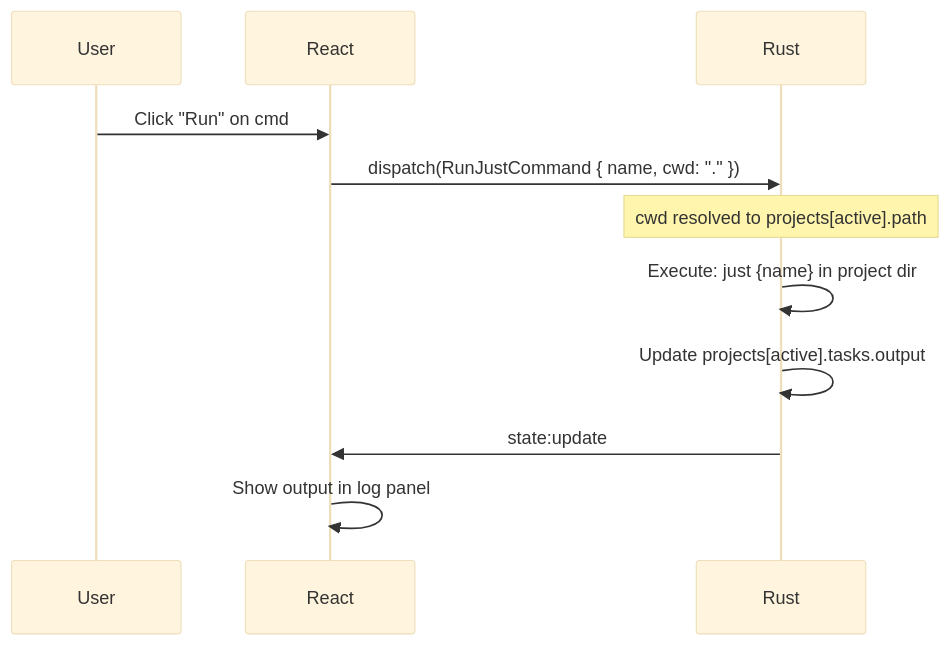
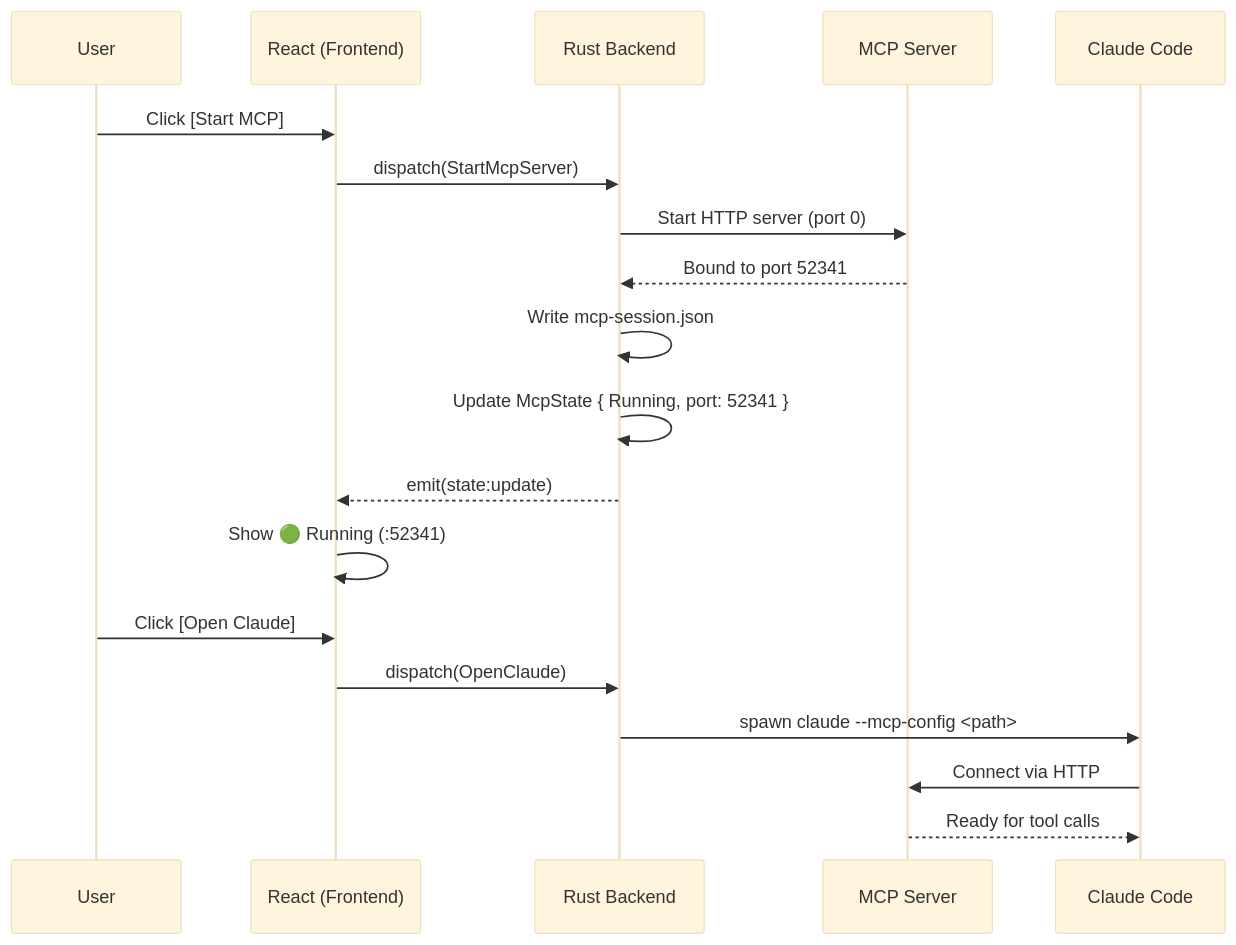
One commit to chrischeng-c4/rustation changed the fourth of 4 diagrams in kb/architecture/04-multi-project-architecture.md. Above: the diagram before and after it, drawn with Mermaid (base theme). The commit also changed other lines of this file and 9 other files, not shown here.

First line of the commit message:
docs(kb): add FSM and flow diagrams to all workflow documentation

````diff
--- a/kb/architecture/04-multi-project-architecture.md
+++ b/kb/architecture/04-multi-project-architecture.md
@@ -187,14 +218,26 @@
 ```mermaid
 sequenceDiagram
     participant User
-    participant React
-    participant Rust
+    participant React as React (Frontend)
+    participant Rust as Rust Backend
+    participant MCP as MCP Server
+    participant Claude as Claude Code
 
-    User->>React: Click "Run" on cmd
-    React->>Rust: dispatch(RunJustCommand { name, cwd: "." })
-    Note over Rust: cwd resolved to projects[active].path
-    Rust->>Rust: Execute: just {name} in project dir
-    Rust->>Rust: Update projects[active].tasks.output
-    Rust->>React: state:update
-    React->>React: Show output in log panel
+    User->>React: Click [Start MCP]
+    React->>Rust: dispatch(StartMcpServer)
+
+    Rust->>MCP: Start HTTP server (port 0)
+    MCP-->>Rust: Bound to port 52341
+
+    Rust->>Rust: Write mcp-session.json
+    Rust->>Rust: Update McpState { Running, port: 52341 }
+    Rust-->>React: emit(state:update)
+    React->>React: Show 🟢 Running (:52341)
+
+    User->>React: Click [Open Claude]
+    React->>Rust: dispatch(OpenClaude)
+
+    Rust->>Claude: spawn claude --mcp-config <path>
+    Claude->>MCP: Connect via HTTP
+    MCP-->>Claude: Ready for tool calls
 ```
````
